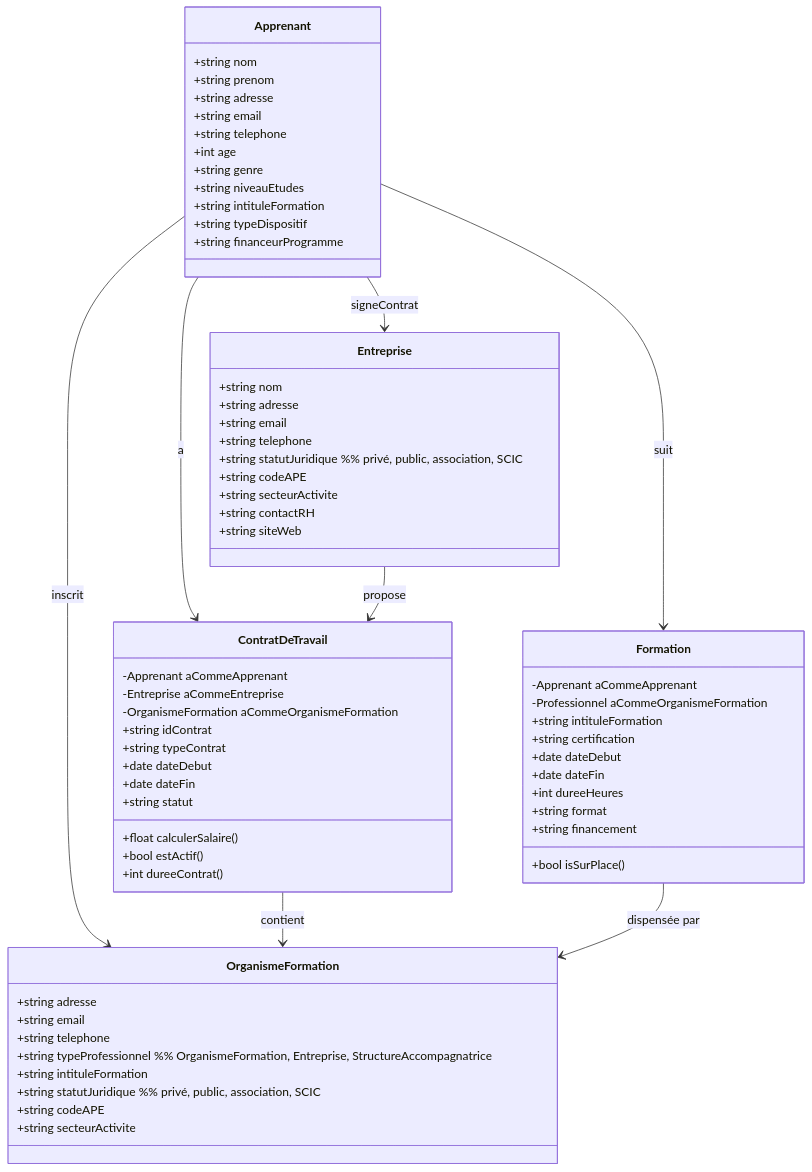
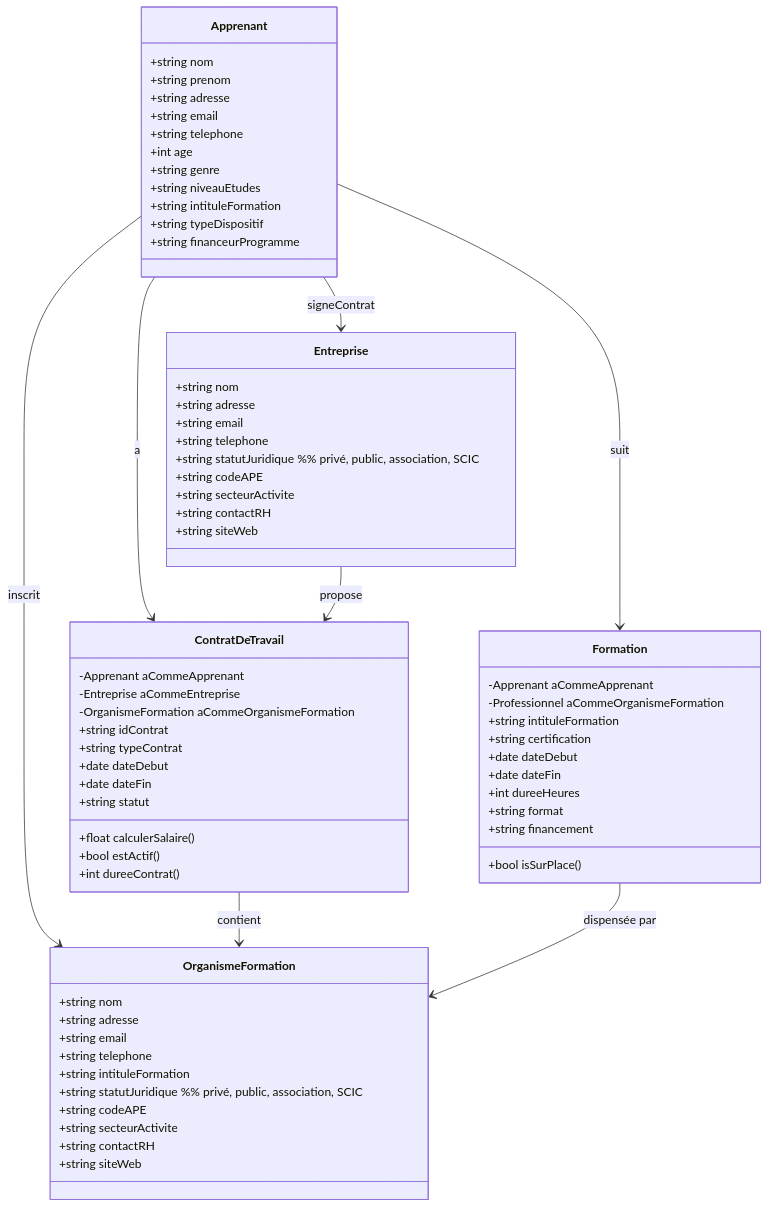
The diagram in acteurs.md (bouzidifatimazohra00-ux/inclusion-numerique-93), drawn with Mermaid before and after one commit.

Commit message:
Add contact and website fields to OrganismeFormation
Added new properties 'contactRH' and 'siteWeb' to the OrganismeFormation class.

````diff
--- a/acteurs.md
+++ b/acteurs.md
@@ -1,76 +1,78 @@
 ```mermaid
 classDiagram
 class Apprenant {
   +string nom
   +string prenom
   +string adresse
   +string email
   +string telephone
   +int age
   +string genre
   +string niveauEtudes
   +string intituleFormation
   +string typeDispositif
   +string financeurProgramme
 }
 
 class OrganismeFormation {
+  +string nom
   +string adresse
   +string email
   +string telephone
-  +string typeProfessionnel      %% OrganismeFormation, Entreprise, StructureAccompagnatrice
   +string intituleFormation    
   +string statutJuridique        %% privé, public, association, SCIC
   +string codeAPE
   +string secteurActivite
+  +string contactRH
+  +string siteWeb
 }
 
 class Entreprise {
   +string nom
   +string adresse
   +string email
   +string telephone
   +string statutJuridique        %% privé, public, association, SCIC
   +string codeAPE
   +string secteurActivite
   +string contactRH
   +string siteWeb
 }
 
 class ContratDeTravail {
   -Apprenant aCommeApprenant
   -Entreprise aCommeEntreprise
   -OrganismeFormation aCommeOrganismeFormation
   +string idContrat
   +string typeContrat
   +date dateDebut
   +date dateFin
   +string statut
   +float calculerSalaire()     
   +bool estActif()
   +int dureeContrat()
 }
 
 class Formation {
   -Apprenant aCommeApprenant
   -Professionnel aCommeOrganismeFormation
   +string intituleFormation
   +string certification
   +date dateDebut
   +date dateFin
   +int dureeHeures
   +string format
   +string financement
   +bool isSurPlace()
 }
 
 %% Relations simplifiées
 Apprenant --> Formation : suit
 Apprenant --> ContratDeTravail : a
 Apprenant --> Entreprise : signeContrat
 Apprenant --> OrganismeFormation : inscrit
 Entreprise --> ContratDeTravail : propose
 ContratDeTravail --> OrganismeFormation : contient
 Formation --> OrganismeFormation : dispensée par
 
 ```
````
